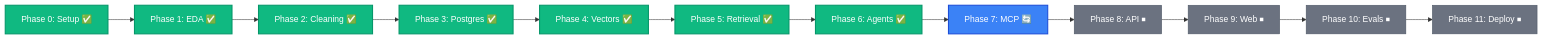
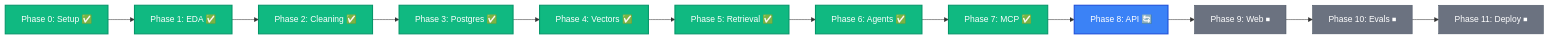
Before and after one commit to iar01/nutrition-and-food-label-analyzer: the third of 3 diagrams in README.md, drawn with Mermaid. The commit also changed other lines of this file and 27 other files, not shown here.

Commit message:
feat(mcp): implement Phase 7 FastMCP server, tools, resources, and docs

````diff
--- a/README.md
+++ b/README.md
@@ -54,22 +54,22 @@
 ```mermaid
 flowchart LR
     P0["Phase 0: Setup ✅"] --> P1["Phase 1: EDA ✅"]
     P1 --> P2["Phase 2: Cleaning ✅"]
     P2 --> P3["Phase 3: Postgres ✅"]
     P3 --> P4["Phase 4: Vectors ✅"]
     P4 --> P5["Phase 5: Retrieval ✅"]
     P5 --> P6["Phase 6: Agents ✅"]
-    P6 --> P7["Phase 7: MCP 🔄"]
-    P7 --> P8["Phase 8: API ⏹"]
+    P6 --> P7["Phase 7: MCP ✅"]
+    P7 --> P8["Phase 8: API 🔄"]
     P8 --> P9["Phase 9: Web ⏹"]
     P9 --> P10["Phase 10: Evals ⏹"]
     P10 --> P11["Phase 11: Deploy ⏹"]
 
     classDef done fill:#10b981,stroke:#059669,stroke-width:2px,color:#fff;
     classDef current fill:#3b82f6,stroke:#1d4ed8,stroke-width:2px,color:#fff;
     classDef pending fill:#6b7280,stroke:#4b5563,stroke-width:1px,color:#fff;
 
-    class P0,P1,P2,P3,P4,P5,P6 done;
-    class P7 current;
-    class P8,P9,P10,P11 pending;
+    class P0,P1,P2,P3,P4,P5,P6,P7 done;
+    class P8 current;
+    class P9,P10,P11 pending;
 ```
````
